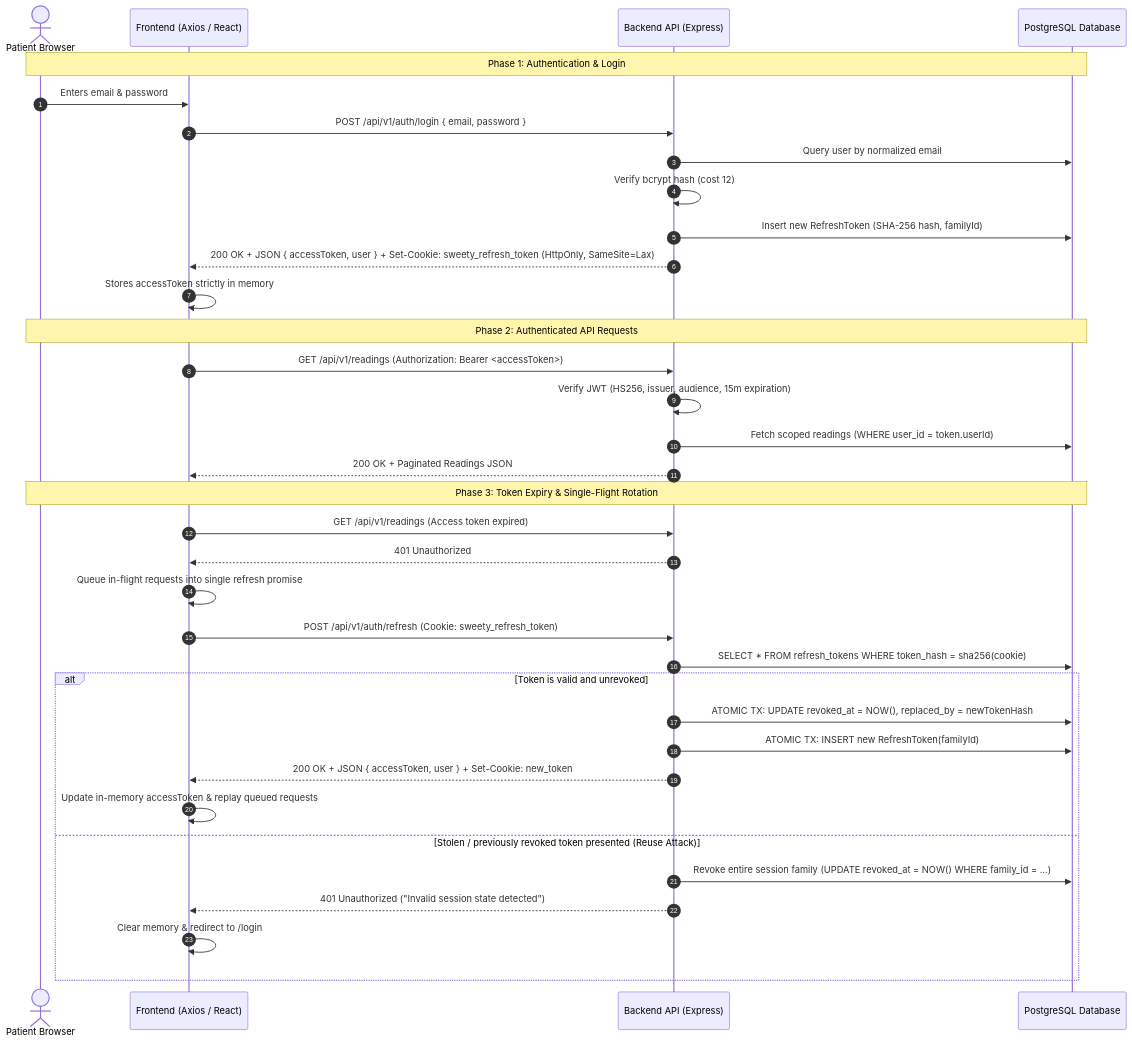
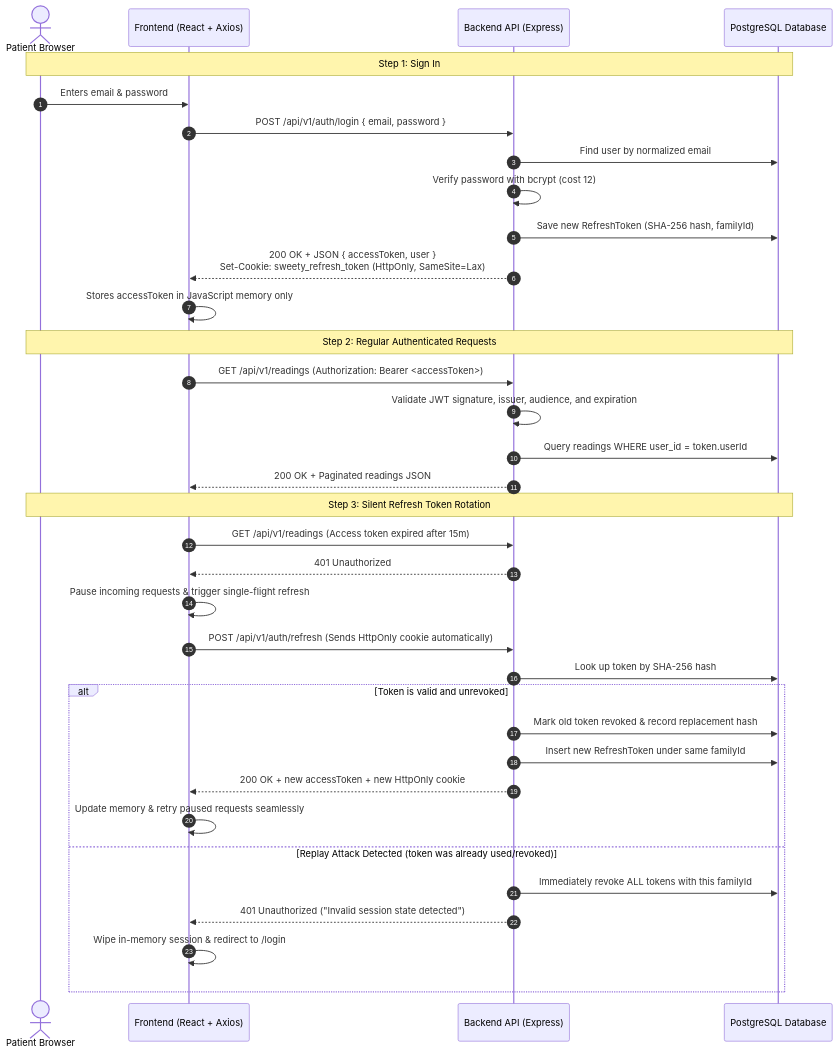
The third of 3 diagrams in README.md (Haneesh3768/Blood-Glucose-Tracker), drawn with Mermaid before and after one commit. The commit also changed other lines of this file and 9 other files, not shown here.

Commit message:
feat: server-side readings pagination, dashboard logbook integration, and roadmap update

````diff
--- a/README.md
+++ b/README.md
@@ -225,41 +231,41 @@
 ```mermaid
 sequenceDiagram
     autonumber
     actor Patient as Patient Browser
-    participant Client as Frontend (Axios / React)
+    participant Client as Frontend (React + Axios)
     participant Server as Backend API (Express)
     participant DB as PostgreSQL Database
 
-    Note over Patient,DB: Phase 1: Authentication & Login
+    Note over Patient,DB: Step 1: Sign In
     Patient->>Client: Enters email & password
     Client->>Server: POST /api/v1/auth/login { email, password }
-    Server->>DB: Query user by normalized email
-    Server->>Server: Verify bcrypt hash (cost 12)
-    Server->>DB: Insert new RefreshToken (SHA-256 hash, familyId)
-    Server-->>Client: 200 OK + JSON { accessToken, user } + Set-Cookie: sweety_refresh_token (HttpOnly, SameSite=Lax)
-    Client->>Client: Stores accessToken strictly in memory
+    Server->>DB: Find user by normalized email
+    Server->>Server: Verify password with bcrypt (cost 12)
+    Server->>DB: Save new RefreshToken (SHA-256 hash, familyId)
+    Server-->>Client: 200 OK + JSON { accessToken, user }<br/>Set-Cookie: sweety_refresh_token (HttpOnly, SameSite=Lax)
+    Client->>Client: Stores accessToken in JavaScript memory only
 
-    Note over Patient,DB: Phase 2: Authenticated API Requests
+    Note over Patient,DB: Step 2: Regular Authenticated Requests
     Client->>Server: GET /api/v1/readings (Authorization: Bearer <accessToken>)
-    Server->>Server: Verify JWT (HS256, issuer, audience, 15m expiration)
-    Server->>DB: Fetch scoped readings (WHERE user_id = token.userId)
-    Server-->>Client: 200 OK + Paginated Readings JSON
+    Server->>Server: Validate JWT signature, issuer, audience, and expiration
+    Server->>DB: Query readings WHERE user_id = token.userId
+    Server-->>Client: 200 OK + Paginated readings JSON
 
-    Note over Patient,DB: Phase 3: Token Expiry & Single-Flight Rotation
-    Client->>Server: GET /api/v1/readings (Access token expired)
+    Note over Patient,DB: Step 3: Silent Refresh Token Rotation
+    Client->>Server: GET /api/v1/readings (Access token expired after 15m)
     Server-->>Client: 401 Unauthorized
-    Client->>Client: Queue in-flight requests into single refresh promise
-    Client->>Server: POST /api/v1/auth/refresh (Cookie: sweety_refresh_token)
-    Server->>DB: SELECT * FROM refresh_tokens WHERE token_hash = sha256(cookie)
-    
+    Client->>Client: Pause incoming requests & trigger single-flight refresh
+    Client->>Server: POST /api/v1/auth/refresh (Sends HttpOnly cookie automatically)
+    Server->>DB: Look up token by SHA-256 hash
+
     alt Token is valid and unrevoked
-        Server->>DB: ATOMIC TX: UPDATE revoked_at = NOW(), replaced_by = newTokenHash
-        Server->>DB: ATOMIC TX: INSERT new RefreshToken(familyId)
-        Server-->>Client: 200 OK + JSON { accessToken, user } + Set-Cookie: new_token
-        Client->>Client: Update in-memory accessToken & replay queued requests
-    else Stolen / previously revoked token presented (Reuse Attack)
-        Server->>DB: Revoke entire session family (UPDATE revoked_at = NOW() WHERE family_id = ...)
+        Server->>DB: Mark old token revoked & record replacement hash
+        Server->>DB: Insert new RefreshToken under same familyId
+        Server-->>Client: 200 OK + new accessToken + new HttpOnly cookie
+        Client->>Client: Update memory & retry paused requests seamlessly
+    else Replay Attack Detected (token was already used/revoked)
+        Server->>DB: Immediately revoke ALL tokens with this familyId
         Server-->>Client: 401 Unauthorized ("Invalid session state detected")
-        Client->>Client: Clear memory & redirect to /login
+        Client->>Client: Wipe in-memory session & redirect to /login
     end
 ```
````
